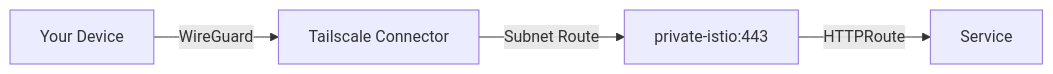
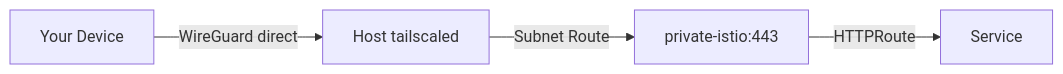
The third of 4 diagrams in docs/architecture.md (matheus3301/simplest-homelab), drawn with Mermaid before and after one commit. The commit also changed other lines of this file and 2 other files, not shown here.

First line of the commit message:
Route private subnet via host tailscaled (direct) instead of DERP Connector

````diff
--- a/docs/architecture.md
+++ b/docs/architecture.md
@@ -79,6 +79,6 @@
 ```mermaid
 flowchart LR
-    Device[Your Device] -->|WireGuard| TS[Tailscale Connector]
+    Device[Your Device] -->|WireGuard direct| TS[Host tailscaled]
     TS -->|Subnet Route| PrivGW[private-istio:443]
     PrivGW -->|HTTPRoute| Svc[Service]
 ```
````
